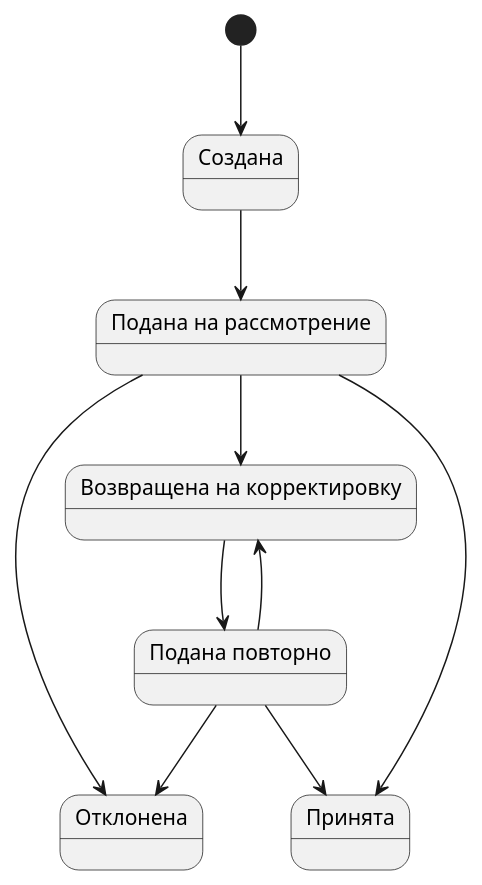
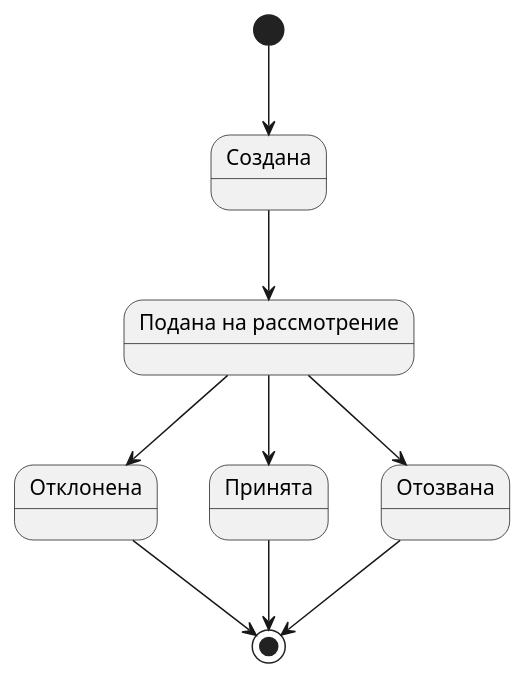
Before and after one commit to NadinMalish/SportCompetition: the diagram in Docs/RequestState.pu, drawn with PlantUML. The commit also changed 8 other files, not shown here.

Commit message:
Documentation v0.8: откорректировал ФТ и диаграммы по результатам созвона от 29.03.2025

```diff
--- a/Docs/RequestState.pu
+++ b/Docs/RequestState.pu
@@ -1,22 +1,21 @@
 @startuml
 
 state "Создана" as created
 state "Подана на рассмотрение" as submitted
-state "Возвращена на корректировку" as returnForCorrection
-state "Подана повторно" as resubmitted
+'Принимает или отклоняет представитель администрации мероприятия
 state "Отклонена" as rejected
 state "Принята" as accepted
+'Отзывает податель заявки
+state "Отозвана" as withdrawn
 
 [*] --> created
 created --> submitted
 submitted --> rejected
 submitted --> accepted
-submitted --> returnForCorrection
+submitted --> withdrawn
 
-returnForCorrection --> resubmitted
-resubmitted --> rejected
-resubmitted --> accepted
-resubmitted --> returnForCorrection
-
+accepted --> [*]
+rejected --> [*]
+withdrawn --> [*]
 
 @enduml
```
